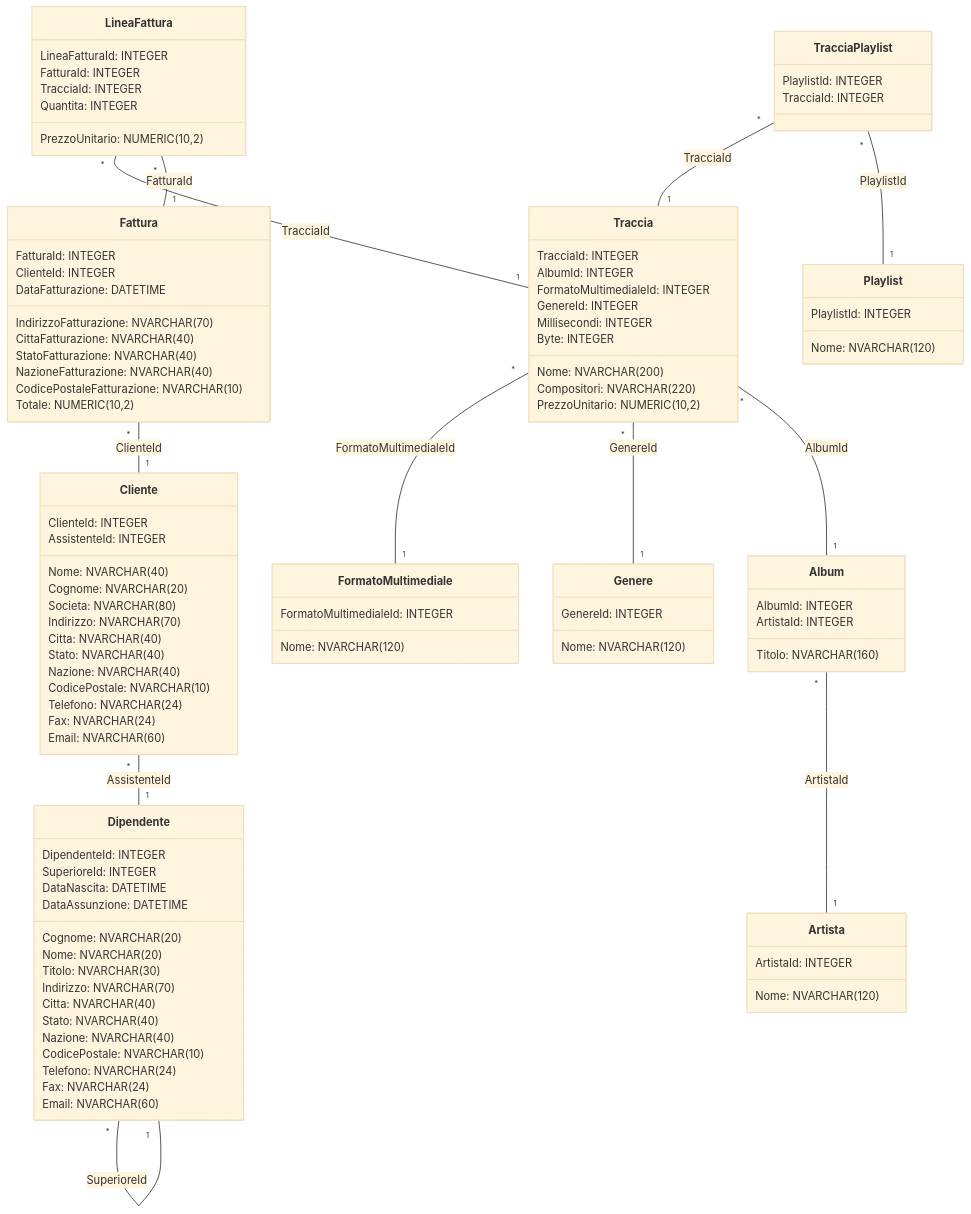
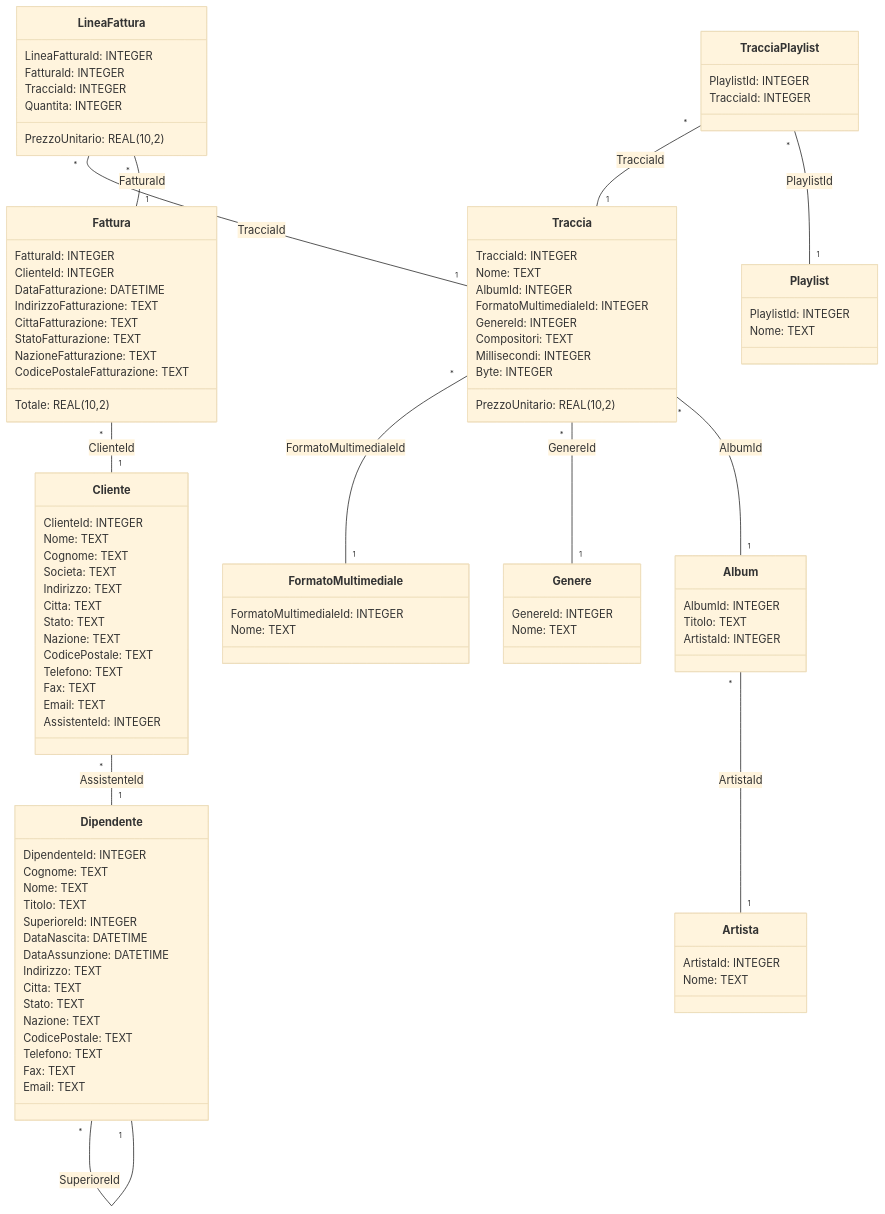
One commit to gionatamassibenincasa/database-didattici changed the diagram in chinook-it/doc/chinook-it.mermaid. Above: the diagram before and after it, drawn with Mermaid (base theme). The commit also changed 5 other files, not shown here.

```diff
--- a/chinook-it/doc/chinook-it.mermaid
+++ b/chinook-it/doc/chinook-it.mermaid
@@ -1,109 +1,109 @@
 classDiagram
 class Album {
 	AlbumId: INTEGER
-	Titolo: NVARCHAR(160)
+	Titolo: TEXT
 	ArtistaId: INTEGER
 }
 
 class Artista {
 	ArtistaId: INTEGER
-	Nome: NVARCHAR(120)
+	Nome: TEXT
 }
 
 class Cliente {
 	ClienteId: INTEGER
-	Nome: NVARCHAR(40)
-	Cognome: NVARCHAR(20)
-	Societa: NVARCHAR(80)
-	Indirizzo: NVARCHAR(70)
-	Citta: NVARCHAR(40)
-	Stato: NVARCHAR(40)
-	Nazione: NVARCHAR(40)
-	CodicePostale: NVARCHAR(10)
-	Telefono: NVARCHAR(24)
-	Fax: NVARCHAR(24)
-	Email: NVARCHAR(60)
+	Nome: TEXT
+	Cognome: TEXT
+	Societa: TEXT
+	Indirizzo: TEXT
+	Citta: TEXT
+	Stato: TEXT
+	Nazione: TEXT
+	CodicePostale: TEXT
+	Telefono: TEXT
+	Fax: TEXT
+	Email: TEXT
 	AssistenteId: INTEGER
 }
 
 class Dipendente {
 	DipendenteId: INTEGER
-	Cognome: NVARCHAR(20)
-	Nome: NVARCHAR(20)
-	Titolo: NVARCHAR(30)
+	Cognome: TEXT
+	Nome: TEXT
+	Titolo: TEXT
 	SuperioreId: INTEGER
 	DataNascita: DATETIME
 	DataAssunzione: DATETIME
-	Indirizzo: NVARCHAR(70)
-	Citta: NVARCHAR(40)
-	Stato: NVARCHAR(40)
-	Nazione: NVARCHAR(40)
-	CodicePostale: NVARCHAR(10)
-	Telefono: NVARCHAR(24)
-	Fax: NVARCHAR(24)
-	Email: NVARCHAR(60)
+	Indirizzo: TEXT
+	Citta: TEXT
+	Stato: TEXT
+	Nazione: TEXT
+	CodicePostale: TEXT
+	Telefono: TEXT
+	Fax: TEXT
+	Email: TEXT
 }
 
 class Genere {
 	GenereId: INTEGER
-	Nome: NVARCHAR(120)
+	Nome: TEXT
 }
 
 class Fattura {
 	FatturaId: INTEGER
 	ClienteId: INTEGER
 	DataFatturazione: DATETIME
-	IndirizzoFatturazione: NVARCHAR(70)
-	CittaFatturazione: NVARCHAR(40)
-	StatoFatturazione: NVARCHAR(40)
-	NazioneFatturazione: NVARCHAR(40)
-	CodicePostaleFatturazione: NVARCHAR(10)
-	Totale: NUMERIC(10,2)
+	IndirizzoFatturazione: TEXT
+	CittaFatturazione: TEXT
+	StatoFatturazione: TEXT
+	NazioneFatturazione: TEXT
+	CodicePostaleFatturazione: TEXT
+	Totale: REAL(10,2)
 }
 
 class LineaFattura {
 	LineaFatturaId: INTEGER
 	FatturaId: INTEGER
 	TracciaId: INTEGER
-	PrezzoUnitario: NUMERIC(10,2)
+	PrezzoUnitario: REAL(10,2)
 	Quantita: INTEGER
 }
 
 class FormatoMultimediale {
 	FormatoMultimedialeId: INTEGER
-	Nome: NVARCHAR(120)
+	Nome: TEXT
 }
 
 class Playlist {
 	PlaylistId: INTEGER
-	Nome: NVARCHAR(120)
+	Nome: TEXT
 }
 
 class TracciaPlaylist {
 	PlaylistId: INTEGER
 	TracciaId: INTEGER
 }
 
 class Traccia {
 	TracciaId: INTEGER
-	Nome: NVARCHAR(200)
+	Nome: TEXT
 	AlbumId: INTEGER
 	FormatoMultimedialeId: INTEGER
 	GenereId: INTEGER
-	Compositori: NVARCHAR(220)
+	Compositori: TEXT
 	Millisecondi: INTEGER
 	Byte: INTEGER
-	PrezzoUnitario: NUMERIC(10,2)
+	PrezzoUnitario: REAL(10,2)
 }
 
 Album "*" -- "1" Artista : ArtistaId
 Cliente "*" -- "1" Dipendente : AssistenteId
 Dipendente "*" -- "1" Dipendente : SuperioreId
 Fattura "*" -- "1" Cliente : ClienteId
 LineaFattura "*" -- "1" Traccia : TracciaId
 LineaFattura "*" -- "1" Fattura : FatturaId
 TracciaPlaylist "*" -- "1" Traccia : TracciaId
 TracciaPlaylist "*" -- "1" Playlist : PlaylistId
 Traccia "*" -- "1" FormatoMultimediale : FormatoMultimedialeId
 Traccia "*" -- "1" Genere : GenereId
 Traccia "*" -- "1" Album : AlbumId
```
